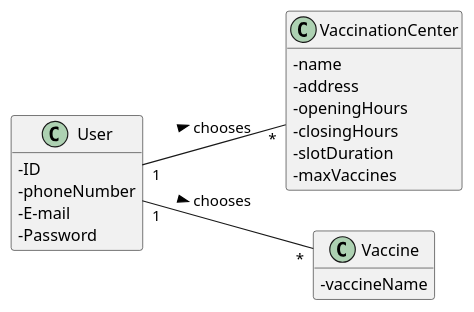
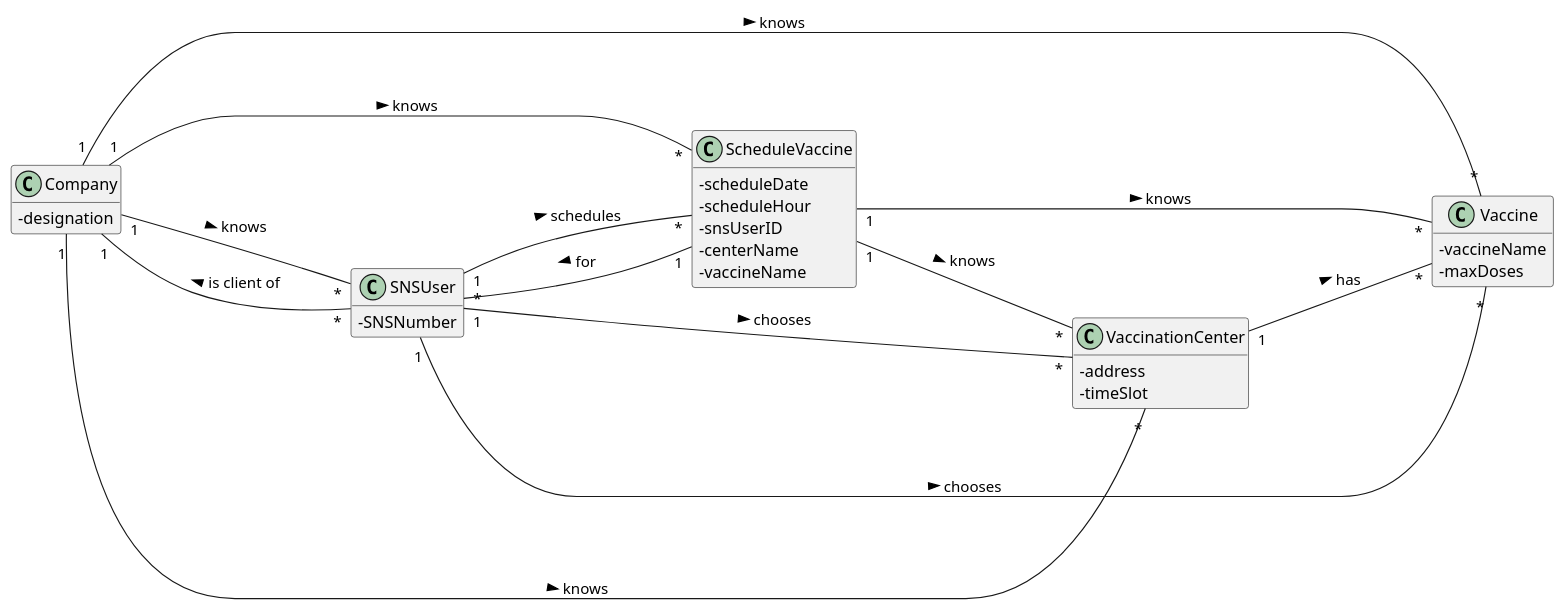
Before and after one commit to PedroMesquita1211171/VaccinationManager: the diagram in docs/SprintC/US/US1/US01_DM.puml, drawn with PlantUML. The commit also changed 8 other files, not shown here.

```diff
--- a/docs/SprintC/US/US1/US01_DM.puml
+++ b/docs/SprintC/US/US1/US01_DM.puml
@@ -1,33 +1,51 @@
 @startuml
-hide methods
-left to right direction
-skinparam classAttributeIconSize 0
+ hide methods
+ left to right direction
+ skinparam classAttributeIconSize 0
 
-class User{
--ID
--phoneNumber
--E-mail
--Password
-}
 
-class VaccinationCenter{
-   - name
-   - address
-   - openingHours
-   - closingHours
-   - slotDuration
-   - maxVaccines
-}
+ class Company {
+   -designation
+ }
+
+
+ class SNSUser {
+   -SNSNumber
+ }
 
 class Vaccine{
+    -vaccineName
+    -maxDoses
+}
+ class ScheduleVaccine{
+  -scheduleDate
+  -scheduleHour
+  -snsUserID
+  -centerName
   -vaccineName
-}
+
+ }
+ class VaccinationCenter{
+ -address
+ -timeSlot
+ }
 
 
 
+ Company "1"---"*" SNSUser : knows >
+ Company "1"---"*" Vaccine : knows >
+ Company "1"---"*" VaccinationCenter : knows >
+ Company "1"---"*" ScheduleVaccine : knows >
 
-User "1"--"*" VaccinationCenter : chooses >
-User "1"--"*" Vaccine : chooses >
+ ScheduleVaccine "1"---"*" SNSUser : for >
+ ScheduleVaccine "1"---"*" VaccinationCenter : knows >
+ ScheduleVaccine "1"---"*" Vaccine: knows >
 
+VaccinationCenter "1"---"*" Vaccine: has >
+
+SNSUser "1"--"*" VaccinationCenter : chooses >
+SNSUser "1"--"*" Vaccine : chooses >
+SNSUser "*"---"1" Company : is client of >
+ SNSUser "1"---"*" ScheduleVaccine : schedules >
 
 @enduml
```
